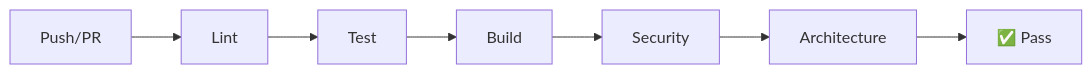
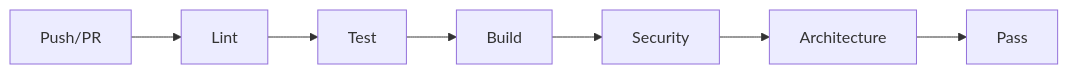
One commit to gaganjainse/shesh-docs changed the fifth of 5 diagrams in src/sheshaos/handover.md. Above: the diagram before and after it, drawn with Mermaid. The commit also changed other lines of this file and 124 other files, not shown here.

````diff
--- a/src/sheshaos/handover.md
+++ b/src/sheshaos/handover.md
@@ -262,9 +265,9 @@
 ```mermaid
 graph LR
     A["Push/PR"] --> B["Lint"]
     B --> C["Test"]
     C --> D["Build"]
     D --> E["Security"]
     E --> F["Architecture"]
-    F --> G["✅ Pass"]
+    F --> G["Pass"]
 ```
````
